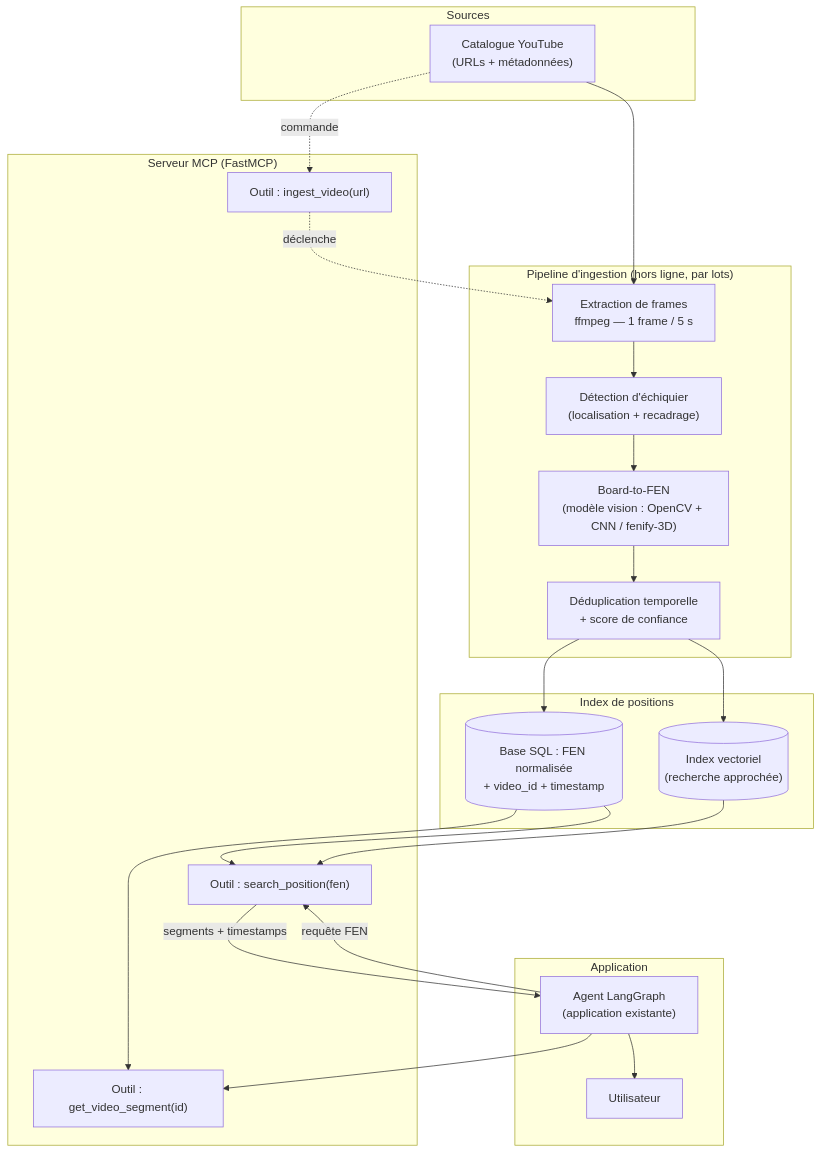
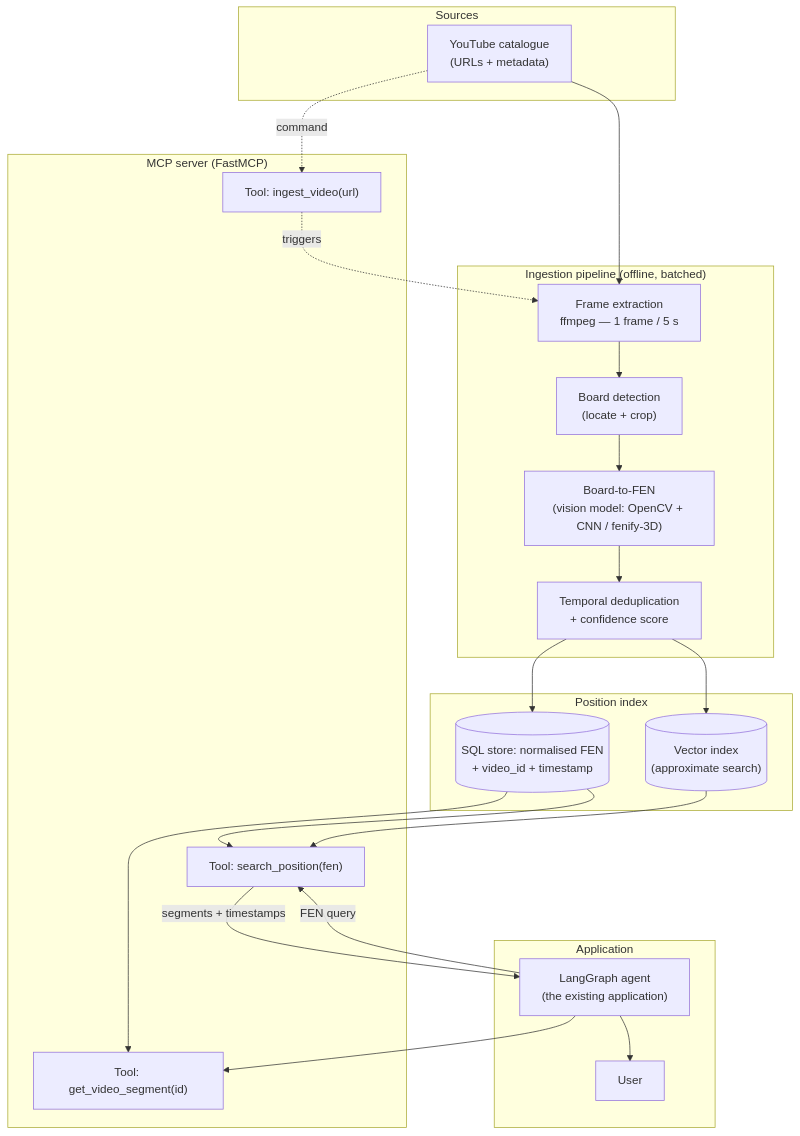
The diagram in docs/feasibility_video_analysis.md (BenoitJT-GIRARD/lab-chess-coach-agent), drawn with Mermaid before and after one commit. The commit also changed other lines of this file and 22 other files, not shown here.

````diff
--- a/docs/feasibility_video_analysis.md
+++ b/docs/feasibility_video_analysis.md
@@ -62,40 +117,40 @@
 ```mermaid
 flowchart TD
     subgraph SRC["Sources"]
-        YT["Catalogue YouTube<br/>(URLs + métadonnées)"]
+        YT["YouTube catalogue<br/>(URLs + metadata)"]
     end
 
-    subgraph ING["Pipeline d'ingestion (hors ligne, par lots)"]
-        FF["Extraction de frames<br/>ffmpeg — 1 frame / 5 s"]
-        DET["Détection d'échiquier<br/>(localisation + recadrage)"]
-        FEN["Board-to-FEN<br/>(modèle vision : OpenCV + CNN / fenify-3D)"]
-        DEDUP["Déduplication temporelle<br/>+ score de confiance"]
+    subgraph ING["Ingestion pipeline (offline, batched)"]
+        FF["Frame extraction<br/>ffmpeg — 1 frame / 5 s"]
+        DET["Board detection<br/>(locate + crop)"]
+        FEN["Board-to-FEN<br/>(vision model: OpenCV + CNN / fenify-3D)"]
+        DEDUP["Temporal deduplication<br/>+ confidence score"]
     end
 
-    subgraph IDX["Index de positions"]
-        DB[("Base SQL : FEN normalisée<br/>+ video_id + timestamp")]
-        VEC[("Index vectoriel<br/>(recherche approchée)")]
+    subgraph IDX["Position index"]
+        DB[("SQL store: normalised FEN<br/>+ video_id + timestamp")]
+        VEC[("Vector index<br/>(approximate search)")]
     end
 
-    subgraph MCP["Serveur MCP (FastMCP)"]
-        T1["Outil : search_position(fen)"]
-        T2["Outil : get_video_segment(id)"]
-        T3["Outil : ingest_video(url)"]
+    subgraph MCP["MCP server (FastMCP)"]
+        T1["Tool: search_position(fen)"]
+        T2["Tool: get_video_segment(id)"]
+        T3["Tool: ingest_video(url)"]
     end
 
     subgraph APP["Application"]
-        AGENT["Agent LangGraph<br/>(application existante)"]
-        USER["Utilisateur"]
+        AGENT["LangGraph agent<br/>(the existing application)"]
+        USER["User"]
     end
 
     YT --> FF --> DET --> FEN --> DEDUP --> DB
     DEDUP --> VEC
     DB --> T1
     VEC --> T1
     DB --> T2
-    YT -.commande.-> T3 -.déclenche.-> FF
-    AGENT -->|requête FEN| T1
+    YT -.command.-> T3 -.triggers.-> FF
+    AGENT -->|FEN query| T1
     T1 -->|segments + timestamps| AGENT
     AGENT --> T2
     AGENT --> USER
 ```
````
